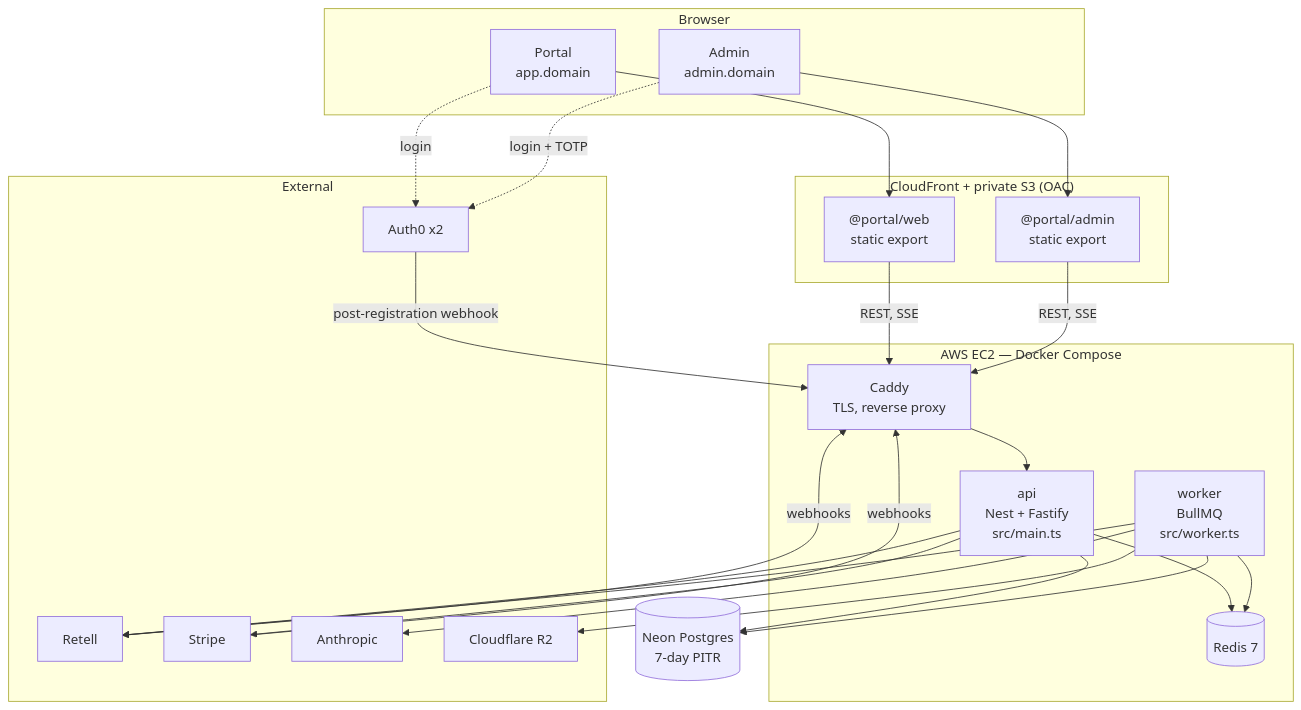
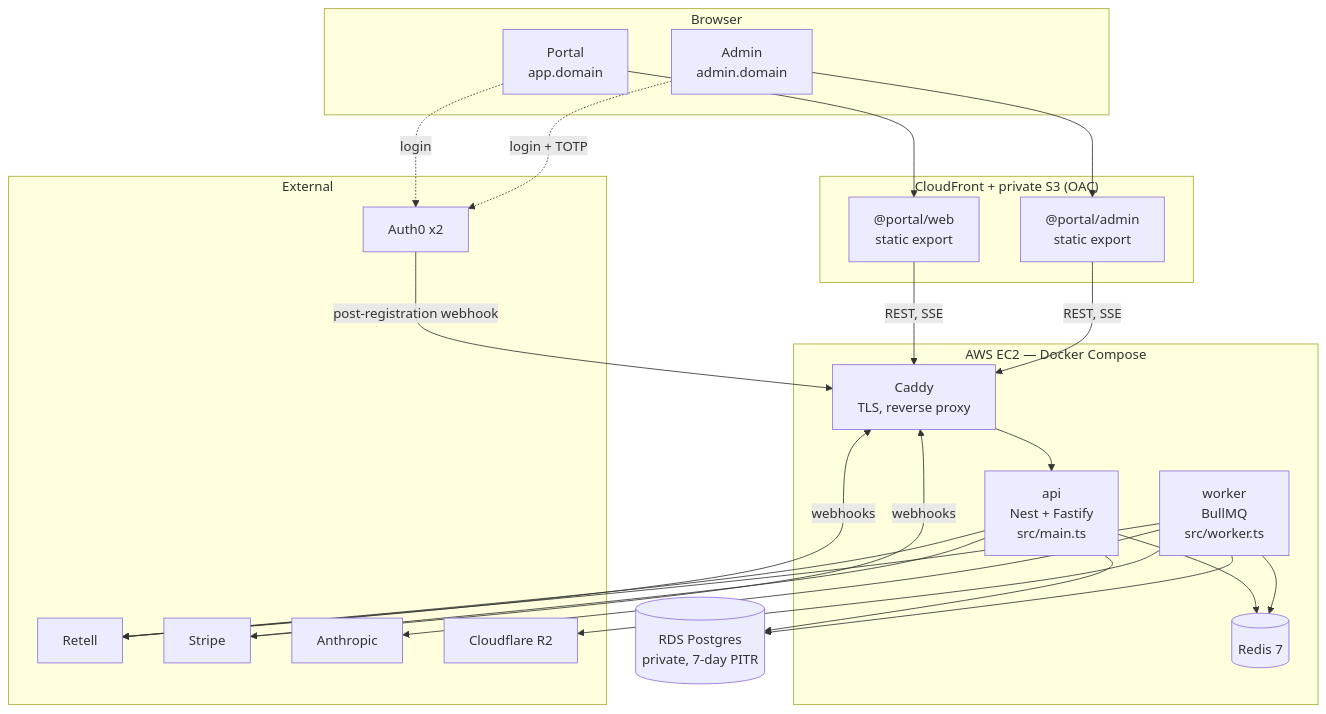
One commit to saksham-metacognixion/Voice-Agent changed the second of 22 diagrams in docs/architecture.md. Above: the diagram before and after it, drawn with Mermaid. The commit also changed other lines of this file and 108 other files, not shown here.

````diff
--- a/docs/architecture.md
+++ b/docs/architecture.md
@@ -77,49 +77,49 @@
 ```mermaid
 flowchart TB
     subgraph Browser
         P["Portal<br/>app.domain"]
         AD["Admin<br/>admin.domain"]
     end
 
     subgraph CDN["CloudFront + private S3 (OAC)"]
         PW["@portal/web<br/>static export"]
         AW["@portal/admin<br/>static export"]
     end
 
     subgraph EC2["AWS EC2 — Docker Compose"]
         CA["Caddy<br/>TLS, reverse proxy"]
         API["api<br/>Nest + Fastify<br/>src/main.ts"]
         WRK["worker<br/>BullMQ<br/>src/worker.ts"]
         RD[("Redis 7")]
     end
 
-    NEON[("Neon Postgres<br/>7-day PITR")]
+    NEON[("RDS Postgres<br/>private, 7-day PITR")]
 
     subgraph External
         RT["Retell"]
         ST["Stripe"]
         A0["Auth0 x2"]
         ANT["Anthropic"]
         R2["Cloudflare R2"]
     end
 
     P --> PW
     AD --> AW
     PW -->|"REST, SSE"| CA
     AW -->|"REST, SSE"| CA
     CA --> API
     API --> RD
     WRK --> RD
     API --> NEON
     WRK --> NEON
     API --> RT
     WRK --> RT
     API --> ST
     WRK --> ANT
     WRK --> R2
     RT -->|"webhooks"| CA
     ST -->|"webhooks"| CA
     A0 -->|"post-registration webhook"| CA
     P -.->|"login"| A0
     AD -.->|"login + TOTP"| A0
 ```
````
